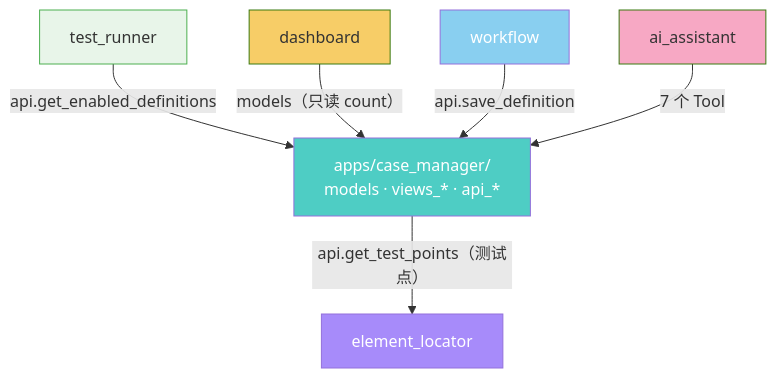
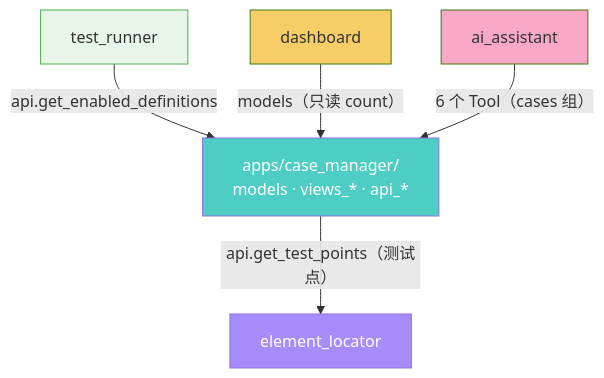
The second of 5 diagrams in dev_docs/03-设计与架构/ARCH-05-用例管理.md (Kahoku-lazy/Android-AutoTests), drawn with Mermaid before and after one commit. The commit also changed other lines of this file and 53 other files, not shown here.

````diff
--- a/dev_docs/03-设计与架构/ARCH-05-用例管理.md
+++ b/dev_docs/03-设计与架构/ARCH-05-用例管理.md
@@ -67,18 +67,16 @@
 ```mermaid
 flowchart TD
     CM["apps/case_manager/<br/>models · views_* · api_*"]
 
     CM -->|"api.get_test_points（测试点）"| EL["element_locator"]
 
     TR["test_runner"] -->|"api.get_enabled_definitions"| CM
     DASH["dashboard"] -->|"models（只读 count）"| CM
-    WF["workflow"] -->|"api.save_definition"| CM
-    AI["ai_assistant"] -->|"7 个 Tool"| CM
+    AI["ai_assistant"] -->|"6 个 Tool（cases 组）"| CM
 
     style CM fill:#4ecdc4,color:#fff
     style EL fill:#a78bfa,color:#fff
     style TR fill:#e8f5e9,stroke:#4caf50
     style DASH fill:#f7cd67,stroke:#3a7a10
-    style WF fill:#89CFF0,color:#fff
     style AI fill:#f7a8c4,stroke:#3a7a10
 ```
````
